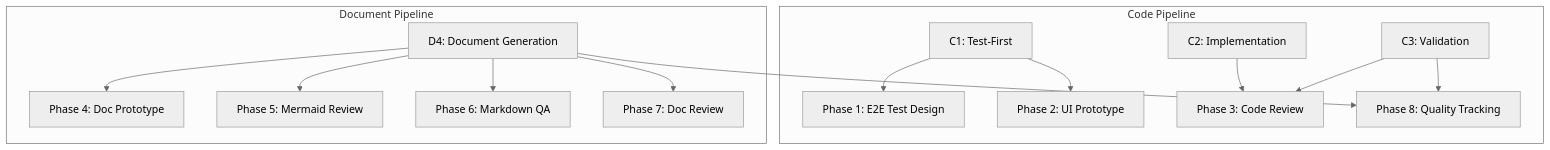
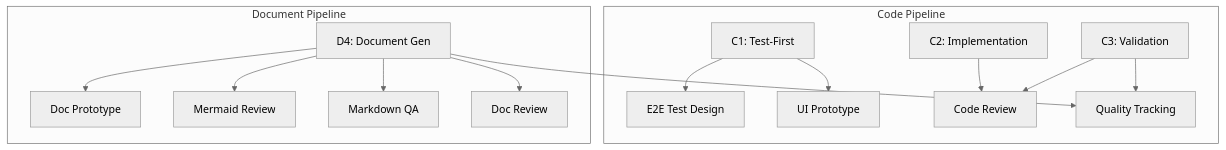
One commit to effiy/YrY changed the diagram in agents/tester/AGENT.md. Above: the diagram before and after it, drawn with Mermaid (neutral theme). The commit also changed other lines of this file and 6 other files, not shown here.

````diff
--- a/agents/tester/AGENT.md
+++ b/agents/tester/AGENT.md
@@ -97,17 +36,17 @@
 ```mermaid
 graph TD
     subgraph "Code Pipeline"
-        C1[C1: Test-First] --> P1[Phase 1: E2E Test Design]
-        C1 --> P2[Phase 2: UI Prototype]
-        C2[C2: Implementation] --> P3[Phase 3: Code Review]
+        C1[C1: Test-First] --> P1[E2E Test Design]
+        C1 --> P2[UI Prototype]
+        C2[C2: Implementation] --> P3[Code Review]
         C3[C3: Validation] --> P3
-        C3 --> P8[Phase 8: Quality Tracking]
+        C3 --> P8[Quality Tracking]
     end
     subgraph "Document Pipeline"
-        D4[D4: Document Generation] --> P4[Phase 4: Doc Prototype]
-        D4 --> P5[Phase 5: Mermaid Review]
-        D4 --> P6[Phase 6: Markdown QA]
-        D4 --> P7[Phase 7: Doc Review]
+        D4[D4: Document Gen] --> P4[Doc Prototype]
+        D4 --> P5[Mermaid Review]
+        D4 --> P6[Markdown QA]
+        D4 --> P7[Doc Review]
         D4 --> P8
     end
 ```
````
